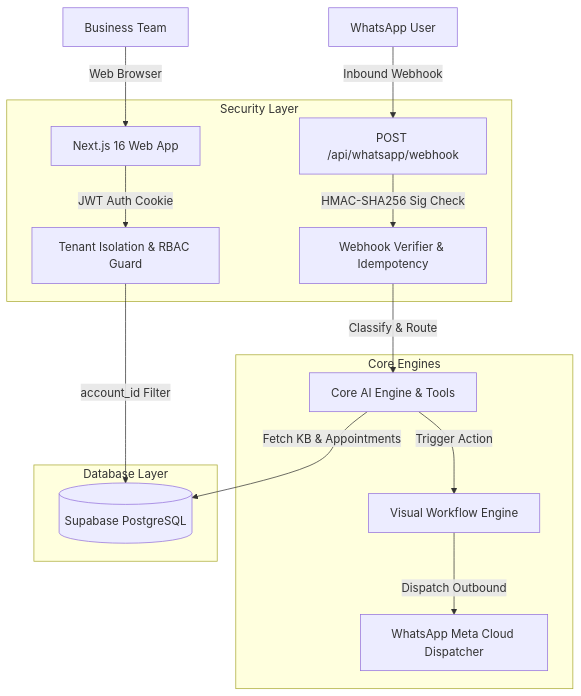
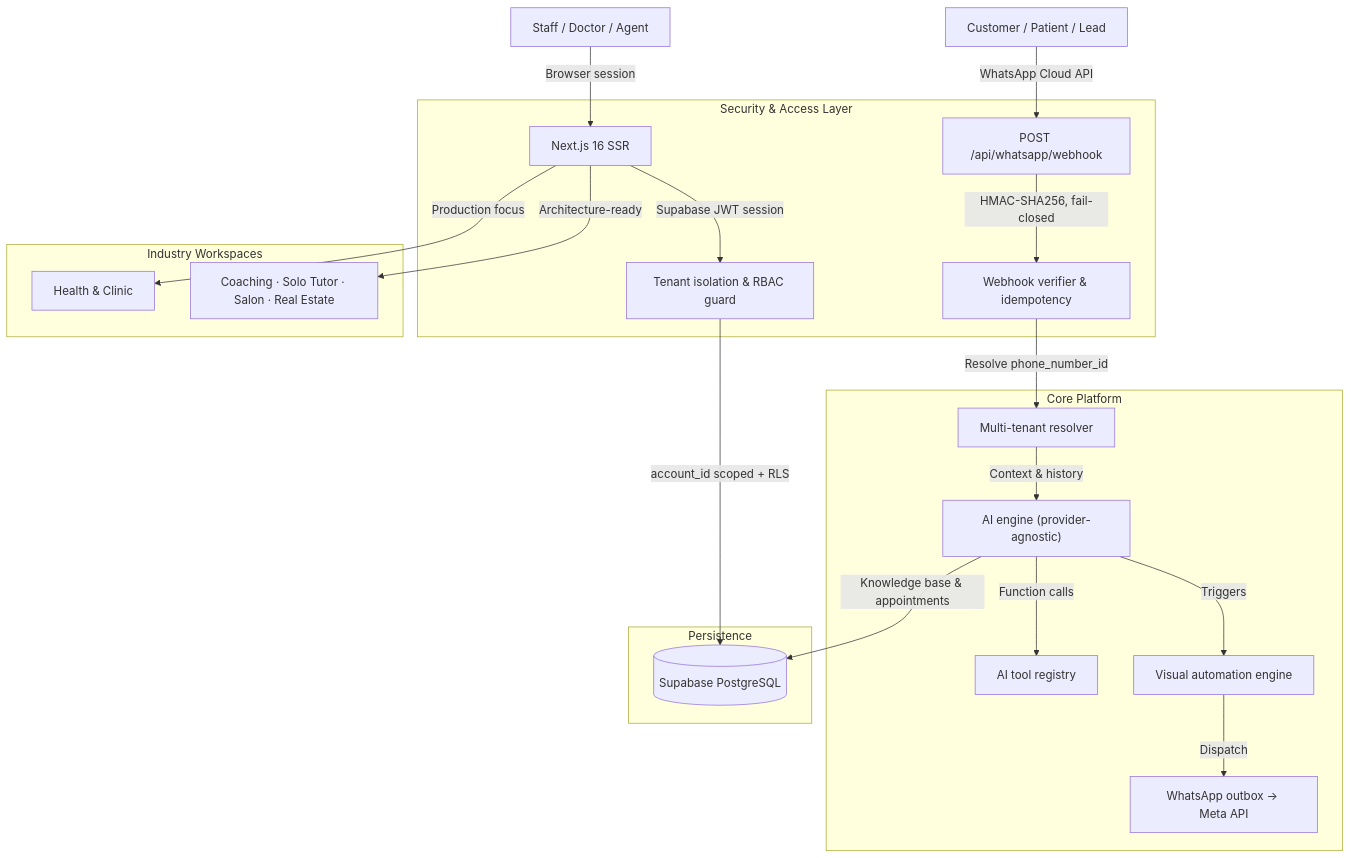
One commit to imsusanta/helpa changed the diagram in docs/ARCHITECTURE.md. Above: the diagram before and after it, drawn with Mermaid. The commit also changed other lines of this file and 9 other files, not shown here.

````diff
--- a/docs/ARCHITECTURE.md
+++ b/docs/ARCHITECTURE.md
@@ -7,21 +12,28 @@
 ```mermaid
 graph TD
-    Client["WhatsApp User"] -->|Inbound Webhook| Webhook["POST /api/whatsapp/webhook"]
-    Staff["Business Team"] -->|Web Browser| WebApp["Next.js 16 Web App"]
+    Client["Customer / Patient / Lead"] -->|WhatsApp Cloud API| InboundHook["POST /api/whatsapp/webhook"]
+    Staff["Staff / Doctor / Agent"] -->|Browser session| WebApp["Next.js 16 SSR"]
 
-    subgraph Security Layer
-        Webhook -->|HMAC-SHA256 Sig Check| WebhookGuard["Webhook Verifier & Idempotency"]
-        WebApp -->|JWT Auth Cookie| TenantGuard["Tenant Isolation & RBAC Guard"]
+    subgraph Security & Access Layer
+        InboundHook -->|HMAC-SHA256, fail-closed| WebhookVerifier["Webhook verifier & idempotency"]
+        WebApp -->|Supabase JWT session| TenantGuard["Tenant isolation & RBAC guard"]
     end
 
-    subgraph Core Engines
-        WebhookGuard -->|Classify & Route| AiEngine["Core AI Engine & Tools"]
-        AiEngine -->|Trigger Action| AutomationEngine["Visual Workflow Engine"]
-        AutomationEngine -->|Dispatch Outbound| WhatsAppOutbox["WhatsApp Meta Cloud Dispatcher"]
+    subgraph Core Platform
+        WebhookVerifier -->|Resolve phone_number_id| TenantResolver["Multi-tenant resolver"]
+        TenantResolver -->|Context & history| AiEngine["AI engine (provider-agnostic)"]
+        AiEngine -->|Function calls| ToolRegistry["AI tool registry"]
+        AiEngine -->|Triggers| WorkflowEngine["Visual automation engine"]
+        WorkflowEngine -->|Dispatch| Outbox["WhatsApp outbox → Meta API"]
     end
 
-    subgraph Database Layer
-        TenantGuard -->|account_id Filter| Postgres[("Supabase PostgreSQL")]
-        AiEngine -->|Fetch KB & Appointments| Postgres
+    subgraph Persistence
+        TenantGuard -->|account_id scoped + RLS| Postgres[("Supabase PostgreSQL")]
+        AiEngine -->|Knowledge base & appointments| Postgres
+    end
+
+    subgraph Industry Workspaces
+        WebApp -->|Production focus| HealthMod["Health & Clinic"]
+        WebApp -->|Architecture-ready| OtherMods["Coaching · Solo Tutor · Salon · Real Estate"]
     end
 ```
````
